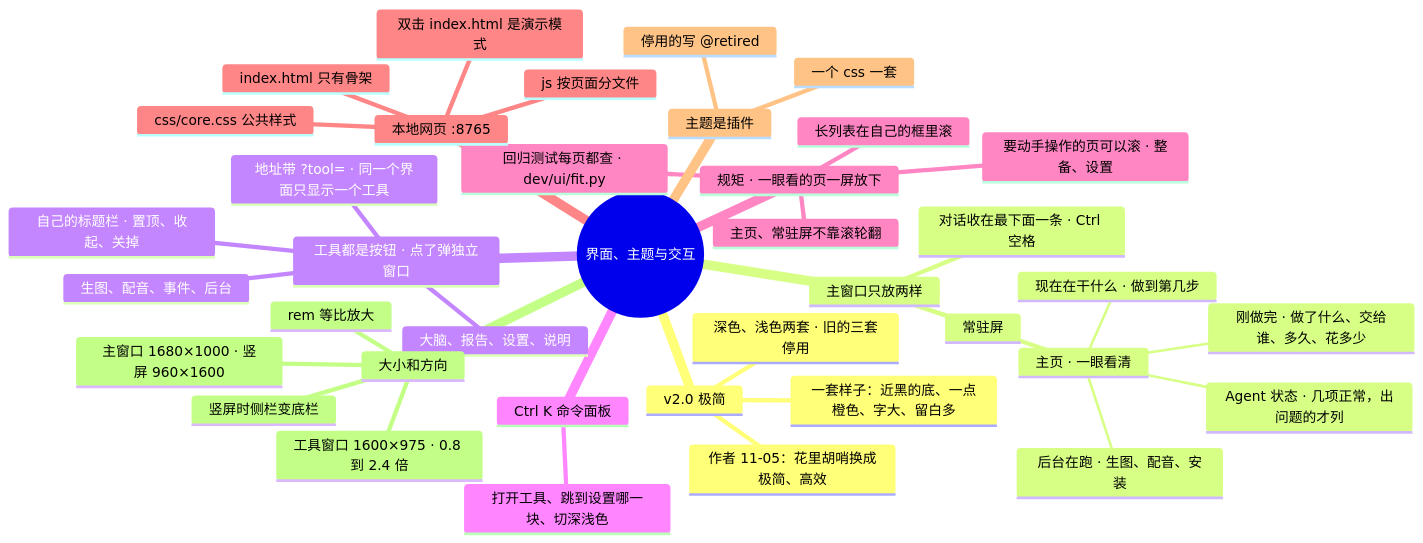
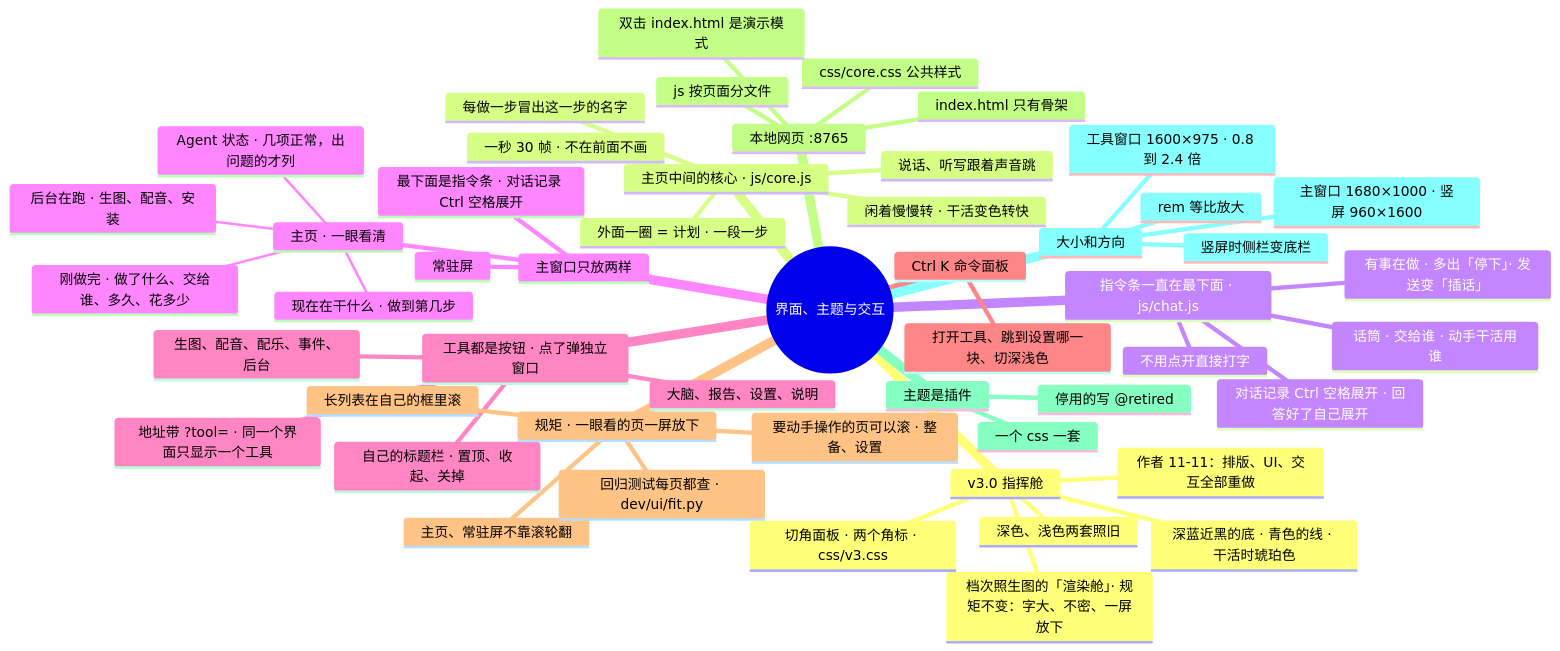
One commit to lql-076/Experiment-Agent-One changed the diagram in docs/AI文档/架构/12-界面主题与交互.md. Above: the diagram before and after it, drawn with Mermaid. The commit also changed other lines of this file and 24 other files, not shown here.

First line of the commit message:
v3.0 进行中：生图差分和参考图的界面、指挥舱的界面测试、文档、README；修两处测试自己的问题

````diff
--- a/docs/AI文档/架构/12-界面主题与交互.md
+++ b/docs/AI文档/架构/12-界面主题与交互.md
@@ -9,41 +9,54 @@
 ```mermaid
 mindmap
   root((界面、主题与交互))
-    v2.0 极简
-      作者 11-05：花里胡哨换成极简、高效
-      深色、浅色两套 · 旧的三套停用
-      一套样子：近黑的底、一点橙色、字大、留白多
+    v3.0 指挥舱
+      作者 11-11：排版、UI、交互全部重做
+      档次照生图的「渲染舱」· 规矩不变：字大、不密、一屏放下
+      深蓝近黑的底 · 青色的线 · 干活时琥珀色
+      切角面板 · 两个角标 · css/v3.css
+      深色、浅色两套照旧
+    主页中间的核心 · js/core.js
+      闲着慢慢转 · 干活变色转快
+      外面一圈 = 计划 · 一段一步
+      每做一步冒出这一步的名字
+      说话、听写跟着声音跳
+      一秒 30 帧 · 不在前面不画
+    指令条一直在最下面 · js/chat.js
+      不用点开直接打字
+      有事在做 · 多出「停下」· 发送变「插话」
+      话筒 · 交给谁 · 动手干活用谁
+      对话记录 Ctrl 空格展开 · 回答好了自己展开
     主窗口只放两样
       主页 · 一眼看清
         现在在干什么 · 做到第几步
         后台在跑 · 生图、配音、安装
         刚做完 · 做了什么、交给谁、多久、花多少
         Agent 状态 · 几项正常，出问题的才列
       常驻屏
-      对话收在最下面一条 · Ctrl 空格
+      最下面是指令条 · 对话记录 Ctrl 空格展开
     工具都是按钮 · 点了弹独立窗口
-      生图、配音、事件、后台
+      生图、配音、配乐、事件、后台
       大脑、报告、设置、说明
       地址带 ?tool= · 同一个界面只显示一个工具
       自己的标题栏 · 置顶、收起、关掉
     Ctrl K 命令面板
       打开工具、跳到设置哪一块、切深浅色
     规矩 · 一眼看的页一屏放下
       主页、常驻屏不靠滚轮翻
       要动手操作的页可以滚 · 整备、设置
       长列表在自己的框里滚
       回归测试每页都查 · dev/ui/fit.py
     本地网页 :8765
       index.html 只有骨架
       css/core.css 公共样式
       js 按页面分文件
       双击 index.html 是演示模式
     主题是插件
       一个 css 一套
       停用的写 @retired
     大小和方向
       rem 等比放大
       主窗口 1680×1000 · 竖屏 960×1600
       工具窗口 1600×975 · 0.8 到 2.4 倍
       竖屏时侧栏变底栏
 ```
````
